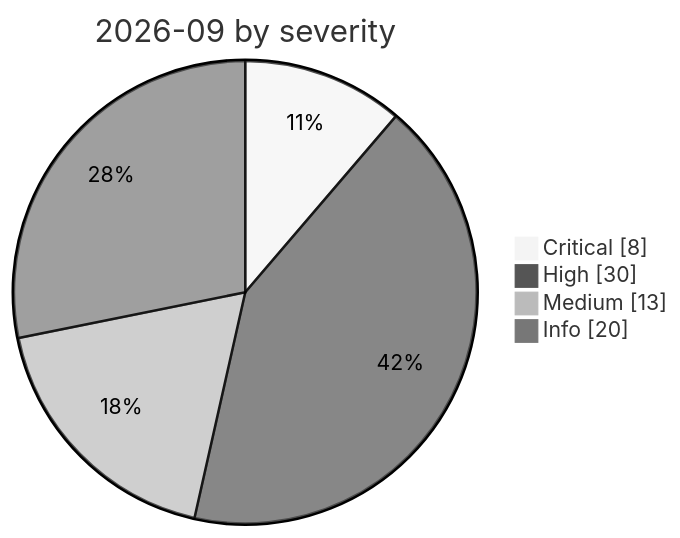
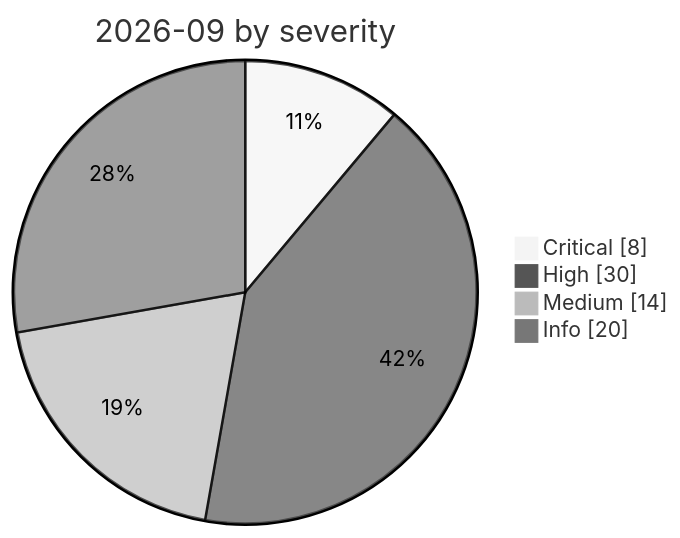
The diagram in incidents/2026-09/README.md (Continuum-AI-Corp/Orca-AI-Incident-Archive), drawn with Mermaid (neutral theme) before and after one commit. The commit also changed other lines of this file and 28 other files, not shown here.

````diff
--- a/incidents/2026-09/README.md
+++ b/incidents/2026-09/README.md
@@ -8,8 +8,8 @@
 ```mermaid
 pie showData
     title 2026-09 by severity
     "Critical" : 8
     "High" : 30
-    "Medium" : 13
+    "Medium" : 14
     "Info" : 20
 ```
````
